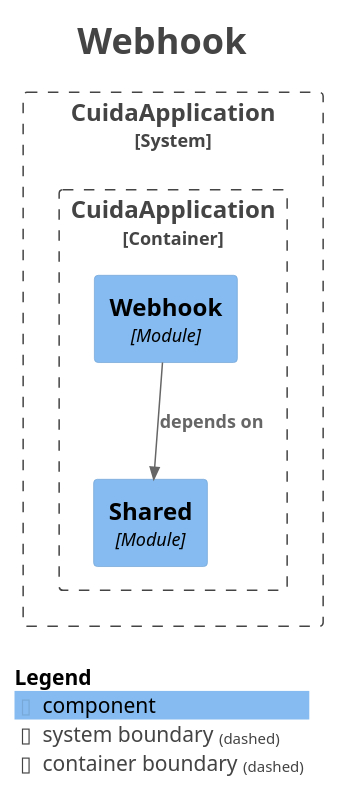
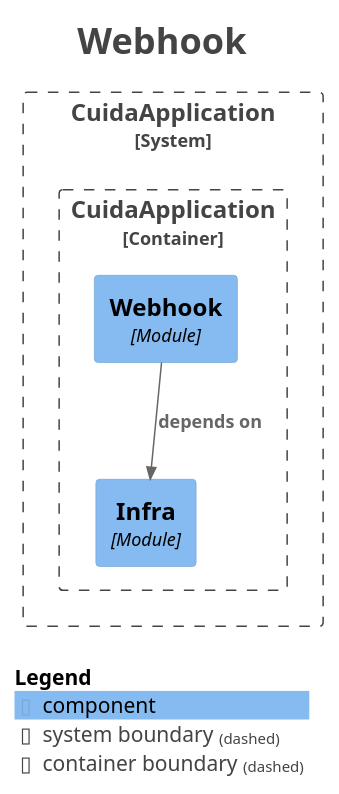
Before and after one commit to Rodrimir/alo_diario: the diagram in docs/modules/module-webhook.puml, drawn with PlantUML. The commit also changed 443 other files, not shown here.

```diff
--- a/docs/modules/module-webhook.puml
+++ b/docs/modules/module-webhook.puml
@@ -1,30 +1,30 @@
 @startuml
 title <size:24>Webhook</size>
 
 set separator none
 top to bottom direction
 
 <style>
   root {
     BackgroundColor: #ffffff
     FontColor: #444444
   }
 </style>
 
 !include <C4/C4>
 !include <C4/C4_Context>
 !include <C4/C4_Component>
 
 System_Boundary("CuidaApplication_boundary", "CuidaApplication", $tags="") {
   Container_Boundary("CuidaApplication.CuidaApplication_boundary", "CuidaApplication", $tags="") {
-    Component(CuidaApplication.CuidaApplication.Shared, "Shared", $techn="Module", $descr="", $tags="", $link="")
+    Component(CuidaApplication.CuidaApplication.Infra, "Infra", $techn="Module", $descr="", $tags="", $link="")
     Component(CuidaApplication.CuidaApplication.Webhook, "Webhook", $techn="Module", $descr="", $tags="", $link="")
   }
 
 }
 
-Rel(CuidaApplication.CuidaApplication.Webhook, CuidaApplication.CuidaApplication.Shared, "depends on", $techn="", $tags="", $link="")
+Rel(CuidaApplication.CuidaApplication.Webhook, CuidaApplication.CuidaApplication.Infra, "depends on", $techn="", $tags="", $link="")
 
 SHOW_LEGEND(true)
 hide stereotypes
 @enduml
```
